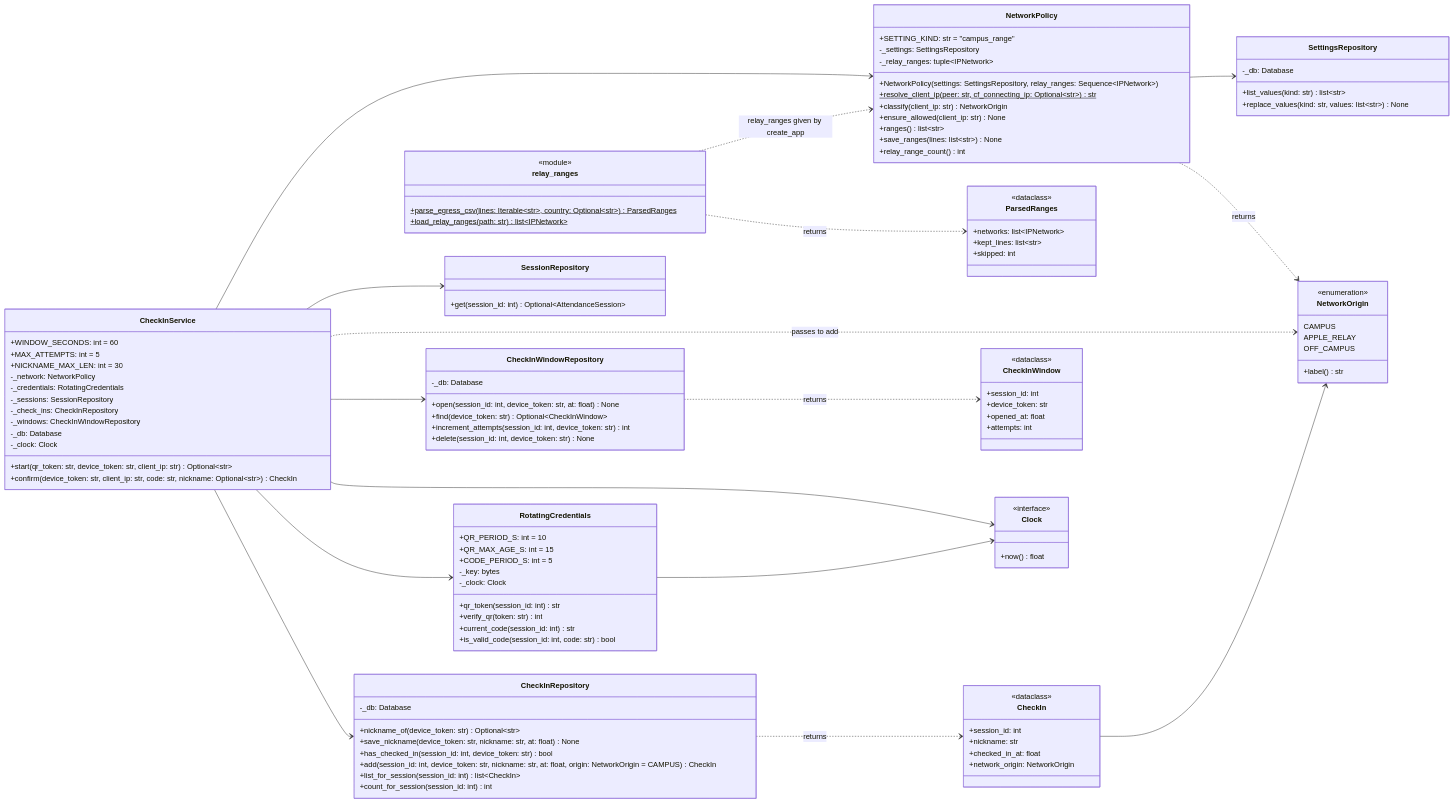
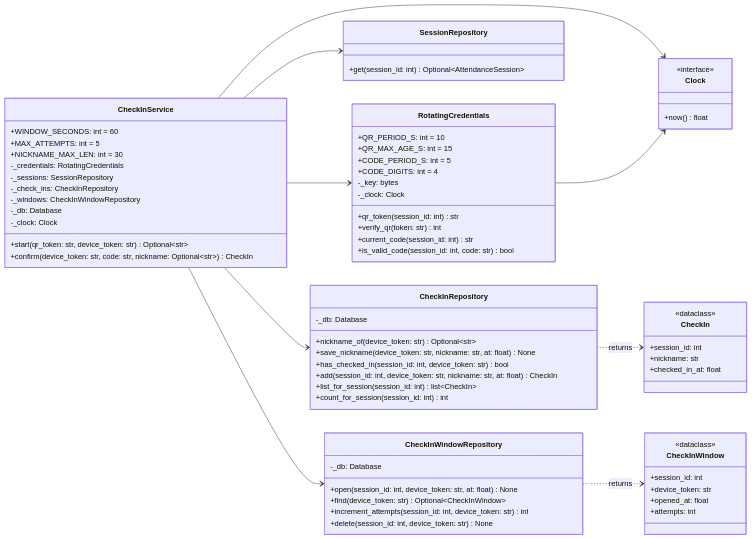
The third of 18 diagrams in docs/design.md (ronsarfati/EX2-Teaching-Tool), drawn with Mermaid before and after one commit. The commit also changed other lines of this file and 2 other files, not shown here.

Commit message:
docs: add D33 (remove the IP filter, 4-digit code) and update design and SRS

```diff
--- a/docs/design.md
+++ b/docs/design.md
@@ -272,50 +259,20 @@
     +WINDOW_SECONDS: int = 60
     +MAX_ATTEMPTS: int = 5
     +NICKNAME_MAX_LEN: int = 30
-    -_network: NetworkPolicy
     -_credentials: RotatingCredentials
     -_sessions: SessionRepository
     -_check_ins: CheckInRepository
     -_windows: CheckInWindowRepository
     -_db: Database
     -_clock: Clock
-    +start(qr_token: str, device_token: str, client_ip: str) Optional~str~
-    +confirm(device_token: str, client_ip: str, code: str, nickname: Optional~str~) CheckIn
-  }
-  class NetworkPolicy {
-    +SETTING_KIND: str = "campus_range"
-    -_settings: SettingsRepository
-    -_relay_ranges: tuple~IPNetwork~
-    +NetworkPolicy(settings: SettingsRepository, relay_ranges: Sequence~IPNetwork~)
-    +resolve_client_ip(peer: str, cf_connecting_ip: Optional~str~) str$
-    +classify(client_ip: str) NetworkOrigin
-    +ensure_allowed(client_ip: str) None
-    +ranges() list~str~
-    +save_ranges(lines: list~str~) None
-    +relay_range_count() int
-  }
-  class NetworkOrigin {
-    <<enumeration>>
-    CAMPUS
-    APPLE_RELAY
-    OFF_CAMPUS
-    +label() str
-  }
-  class relay_ranges {
-    <<module>>
-    +parse_egress_csv(lines: Iterable~str~, country: Optional~str~) ParsedRanges$
-    +load_relay_ranges(path: str) list~IPNetwork~$
-  }
-  class ParsedRanges {
-    <<dataclass>>
-    +networks: list~IPNetwork~
-    +kept_lines: list~str~
-    +skipped: int
+    +start(qr_token: str, device_token: str) Optional~str~
+    +confirm(device_token: str, code: str, nickname: Optional~str~) CheckIn
   }
   class RotatingCredentials {
     +QR_PERIOD_S: int = 10
     +QR_MAX_AGE_S: int = 15
     +CODE_PERIOD_S: int = 5
+    +CODE_DIGITS: int = 4
     -_key: bytes
     -_clock: Clock
     +qr_token(session_id: int) str
@@ -331,7 +288,7 @@
     +nickname_of(device_token: str) Optional~str~
     +save_nickname(device_token: str, nickname: str, at: float) None
     +has_checked_in(session_id: int, device_token: str) bool
-    +add(session_id: int, device_token: str, nickname: str, at: float, origin: NetworkOrigin = CAMPUS) CheckIn
+    +add(session_id: int, device_token: str, nickname: str, at: float) CheckIn
     +list_for_session(session_id: int) list~CheckIn~
     +count_for_session(session_id: int) int
   }
@@ -342,17 +299,11 @@
     +increment_attempts(session_id: int, device_token: str) int
     +delete(session_id: int, device_token: str) None
   }
-  class SettingsRepository {
-    -_db: Database
-    +list_values(kind: str) list~str~
-    +replace_values(kind: str, values: list~str~) None
-  }
   class CheckIn {
     <<dataclass>>
     +session_id: int
     +nickname: str
     +checked_in_at: float
-    +network_origin: NetworkOrigin
   }
   class CheckInWindow {
     <<dataclass>>
@@ -365,18 +316,11 @@
     <<interface>>
     +now() float
   }
-  CheckInService --> NetworkPolicy
   CheckInService --> RotatingCredentials
   CheckInService --> SessionRepository
   CheckInService --> CheckInRepository
   CheckInService --> CheckInWindowRepository
   CheckInService --> Clock
-  NetworkPolicy --> SettingsRepository
-  NetworkPolicy ..> NetworkOrigin : returns
-  relay_ranges ..> ParsedRanges : returns
-  relay_ranges ..> NetworkPolicy : relay_ranges given by create_app
-  CheckInService ..> NetworkOrigin : passes to add
-  CheckIn --> NetworkOrigin
   RotatingCredentials --> Clock
   CheckInRepository ..> CheckIn : returns
   CheckInWindowRepository ..> CheckInWindow : returns
```
